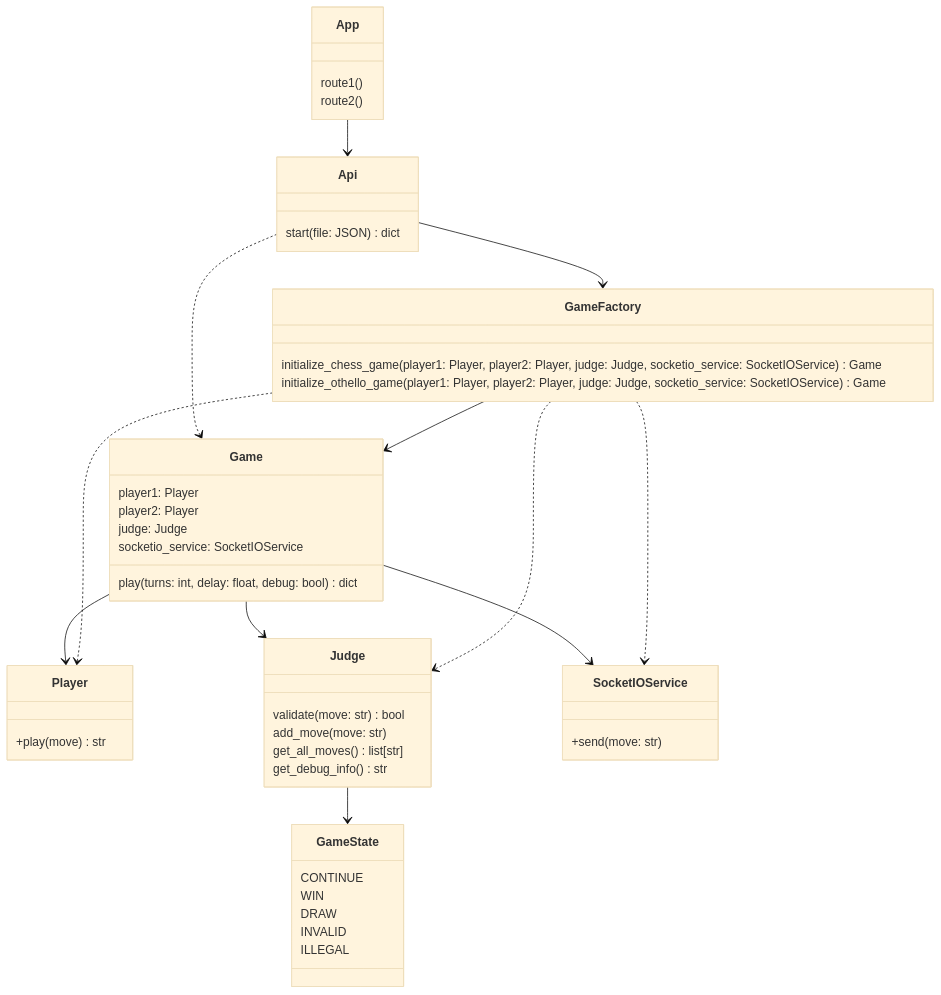
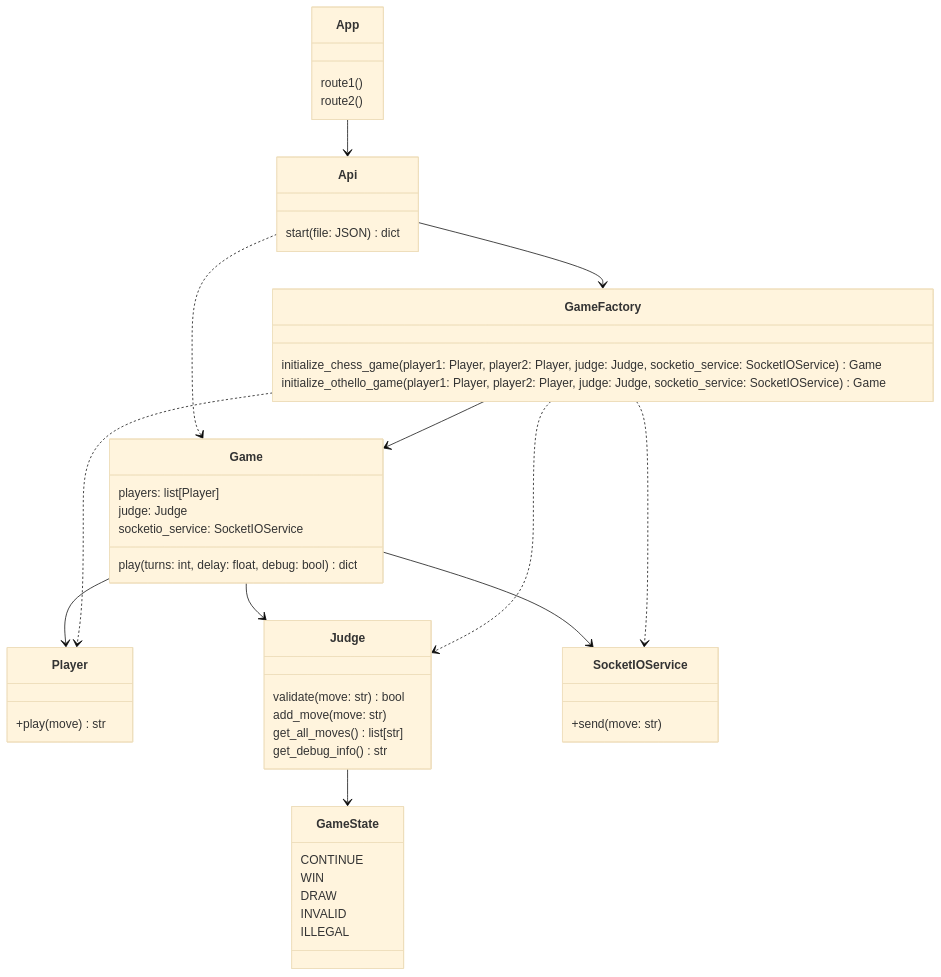
One commit to game-ai-platform-team/tira-ai-platform changed the third of 3 diagrams in docs/architecture.md. Above: the diagram before and after it, drawn with Mermaid (base theme).

Commit message:
docs: Update Game

````diff
--- a/docs/architecture.md
+++ b/docs/architecture.md
@@ -89,60 +89,60 @@
 ```mermaid
 classDiagram
 
 App --> Api
 Api ..> Game
 Api --> GameFactory
 Game --> Player
 Game --> Judge
 Game --> SocketIOService
 GameFactory --> Game
 GameFactory ..> Judge
 GameFactory ..> Player
 GameFactory ..> SocketIOService
 Judge --> GameState
 
 class GameFactory {
     initialize_chess_game(player1: Player, player2: Player, judge: Judge, socketio_service: SocketIOService) Game
     initialize_othello_game(player1: Player, player2: Player, judge: Judge, socketio_service: SocketIOService) Game
 }
 
 class Game {
-    play(turns: int, delay: float, debug: bool) dict
-    player1: Player
-    player2: Player
+    players: list[Player]
     judge: Judge
     socketio_service: SocketIOService
+
+    play(turns: int, delay: float, debug: bool) dict
 }
 
 class SocketIOService {
     +send(move: str)
 }
 
 class Judge {
     validate(move: str) bool
     add_move(move: str)
     get_all_moves() list[str]
     get_debug_info() str
 }
 
 class Player {
     +play(move) str
 }
 
 class GameState {
     CONTINUE
     WIN
     DRAW
     INVALID
     ILLEGAL
 }
 
 class Api {
     start(file: JSON) dict
 }
 
 class App {
     route1()
     route2()
 }
 ```
````
